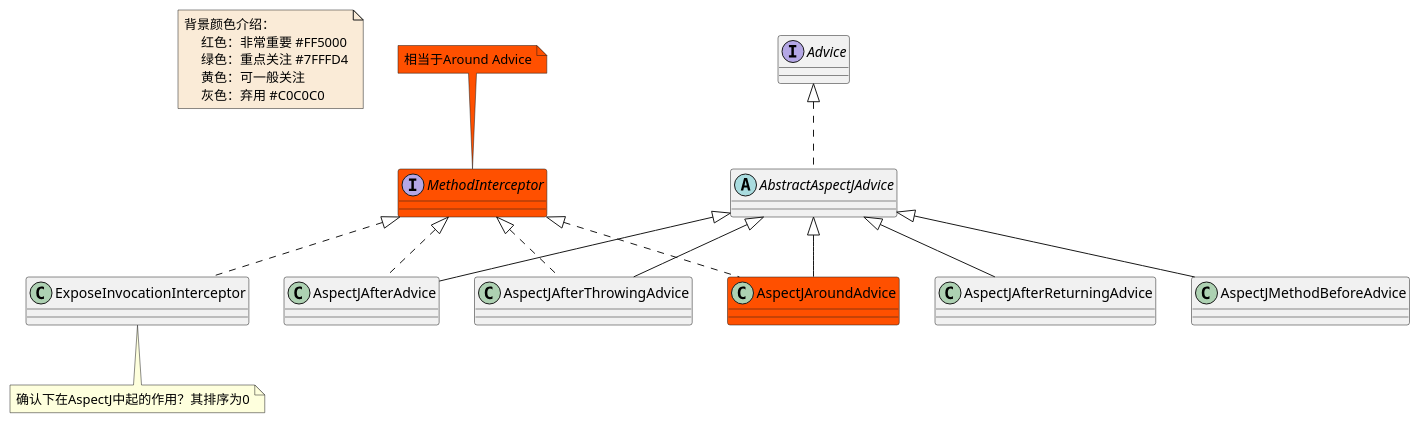
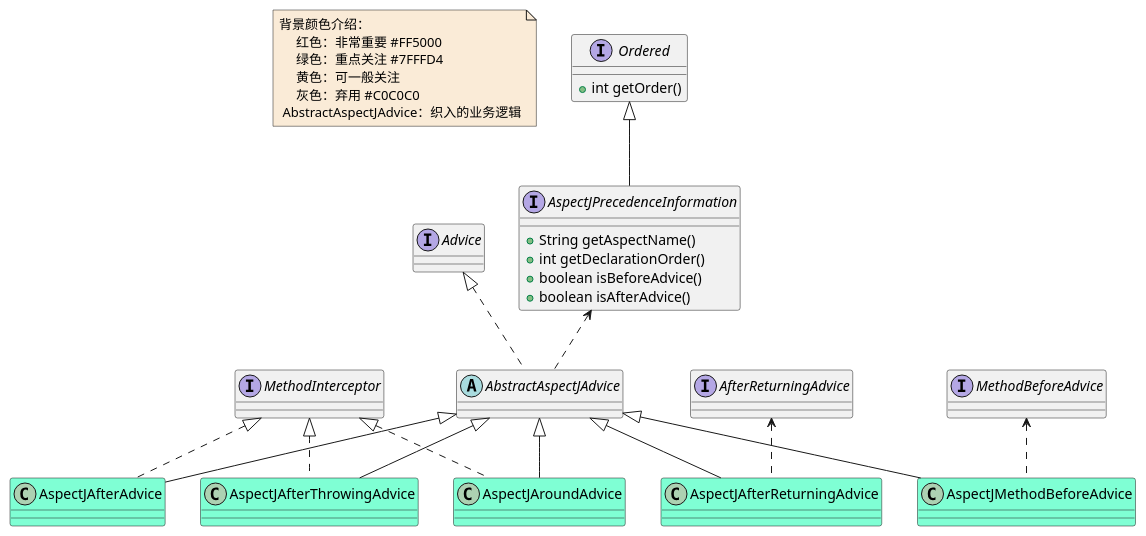
Before and after one commit to czwer/learn-spring-code: the diagram in document/spring/base/class/AOP-AspectJ-Advice-class.puml, drawn with PlantUML. The commit also changed 10 other files, not shown here.

```diff
--- a/document/spring/base/class/AOP-AspectJ-Advice-class.puml
+++ b/document/spring/base/class/AOP-AspectJ-Advice-class.puml
@@ -1,48 +1,61 @@
 @startuml
 
 note  as N1 #FAEBD7
    背景颜色介绍：
         红色：非常重要 #FF5000
         绿色：重点关注 #7FFFD4
         黄色：可一般关注
         灰色：弃用 #C0C0C0
+    AbstractAspectJAdvice：织入的业务逻辑
 end note
 
+abstract class AbstractAspectJAdvice
 interface Advice
-interface MethodInterceptor #FF5000
-note top #FF5000: 相当于Around Advice
-class ExposeInvocationInterceptor
-note bottom : 确认下在AspectJ中起的作用？其排序为0
+class AspectJAfterAdvice #7FFFD4
+class AspectJAfterReturningAdvice #7FFFD4
+class AspectJAfterThrowingAdvice #7FFFD4
+class AspectJAroundAdvice #7FFFD4
+class AspectJMethodBeforeAdvice #7FFFD4
+interface AspectJPrecedenceInformation
+AspectJPrecedenceInformation : +String getAspectName()
+AspectJPrecedenceInformation : +int getDeclarationOrder()
+AspectJPrecedenceInformation : +boolean isBeforeAdvice()
+AspectJPrecedenceInformation : +boolean isAfterAdvice()
+interface MethodInterceptor
 
-abstract class AbstractAspectJAdvice
-class AspectJAfterAdvice
-class AspectJAfterReturningAdvice
-class AspectJAfterThrowingAdvice
-class AspectJAroundAdvice #FF5000
-class AspectJMethodBeforeAdvice
+interface AfterReturningAdvice
 
+interface MethodBeforeAdvice
 
+interface Ordered
+Ordered : +int getOrder()
 
 
 
 AbstractAspectJAdvice <|-- AspectJAfterAdvice
 AbstractAspectJAdvice <|-- AspectJAfterReturningAdvice
 AbstractAspectJAdvice <|-- AspectJAroundAdvice
 AbstractAspectJAdvice <|-- AspectJAfterThrowingAdvice
 AbstractAspectJAdvice <|-- AspectJMethodBeforeAdvice
 
 
 Advice <|.. AbstractAspectJAdvice
 
+AfterReturningAdvice <.. AspectJAfterReturningAdvice
 
+
+AspectJPrecedenceInformation <.. AbstractAspectJAdvice
+
+
+MethodBeforeAdvice <.. AspectJMethodBeforeAdvice
 
 MethodInterceptor <|.. AspectJAfterAdvice
 MethodInterceptor <|.. AspectJAfterThrowingAdvice
 MethodInterceptor <|.. AspectJAroundAdvice
-MethodInterceptor <|.. ExposeInvocationInterceptor
 
 
+Ordered <|-- AspectJPrecedenceInformation
 
 
 
 @enduml
```
